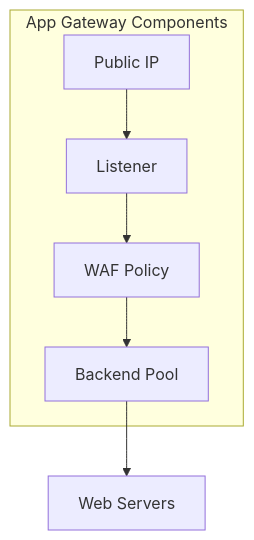
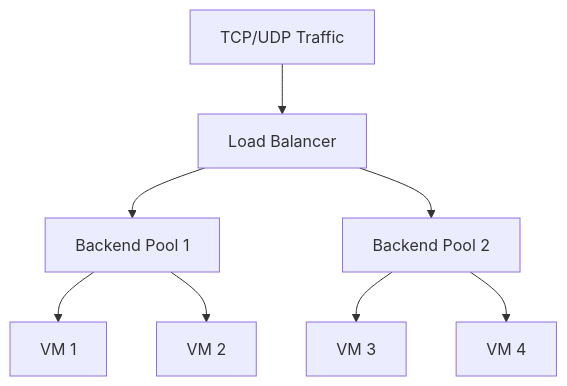
Before and after one commit to saravanakumarrc/Architecture_Journey: the seventh of 18 diagrams in src/azure/az-104/Load_Balancing.md, drawn with Mermaid. The commit also changed other lines of this file and 6 other files, not shown here.

````diff
--- a/src/azure/az-104/Load_Balancing.md
+++ b/src/azure/az-104/Load_Balancing.md
@@ -116,14 +131,12 @@
 ```mermaid
 graph TB
-    subgraph "App Gateway Components"
-        A[Public IP]
-        B[Listener]
-        C[WAF Policy]
-        D[Backend Pool]
-    end
+    A[TCP/UDP Traffic] --> B[Load Balancer]
+    B --> C[Backend Pool 1]
+    B --> D[Backend Pool 2]
     
-    A --> B
-    B --> C
-    C --> D
-    D --> E[Web Servers]
+    C --> E[VM 1]
+    C --> F[VM 2]
+    
+    D --> G[VM 3]
+    D --> H[VM 4]
 ```
````
